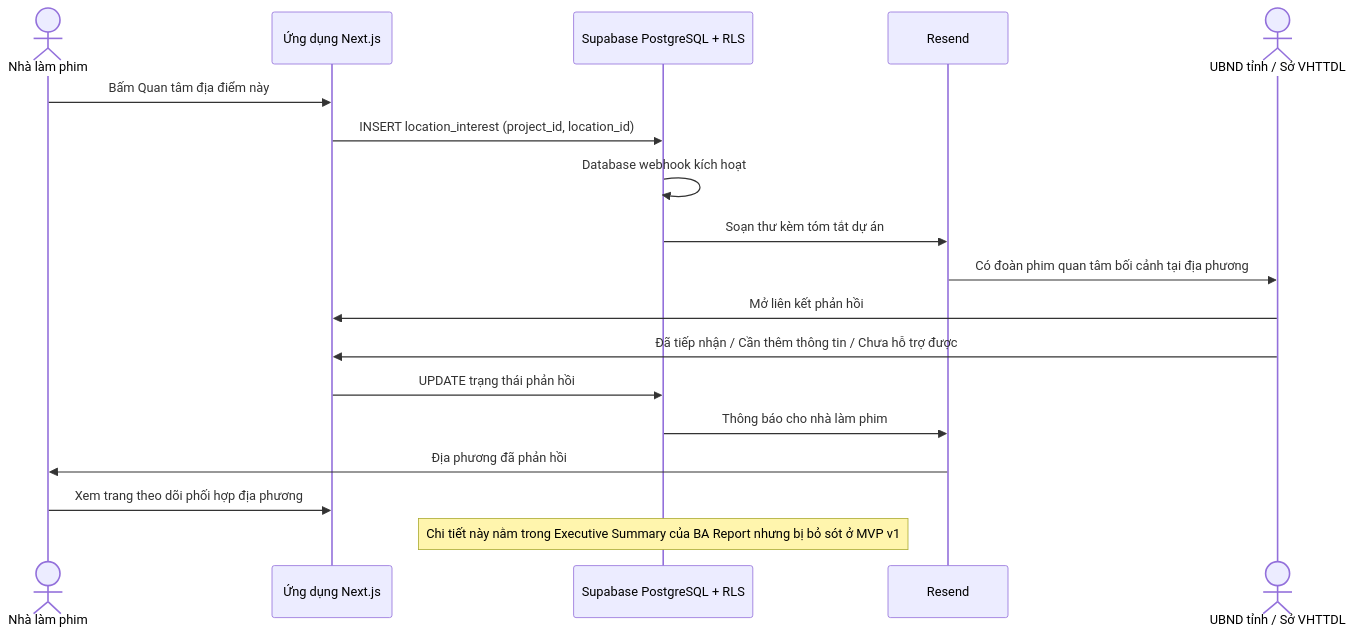
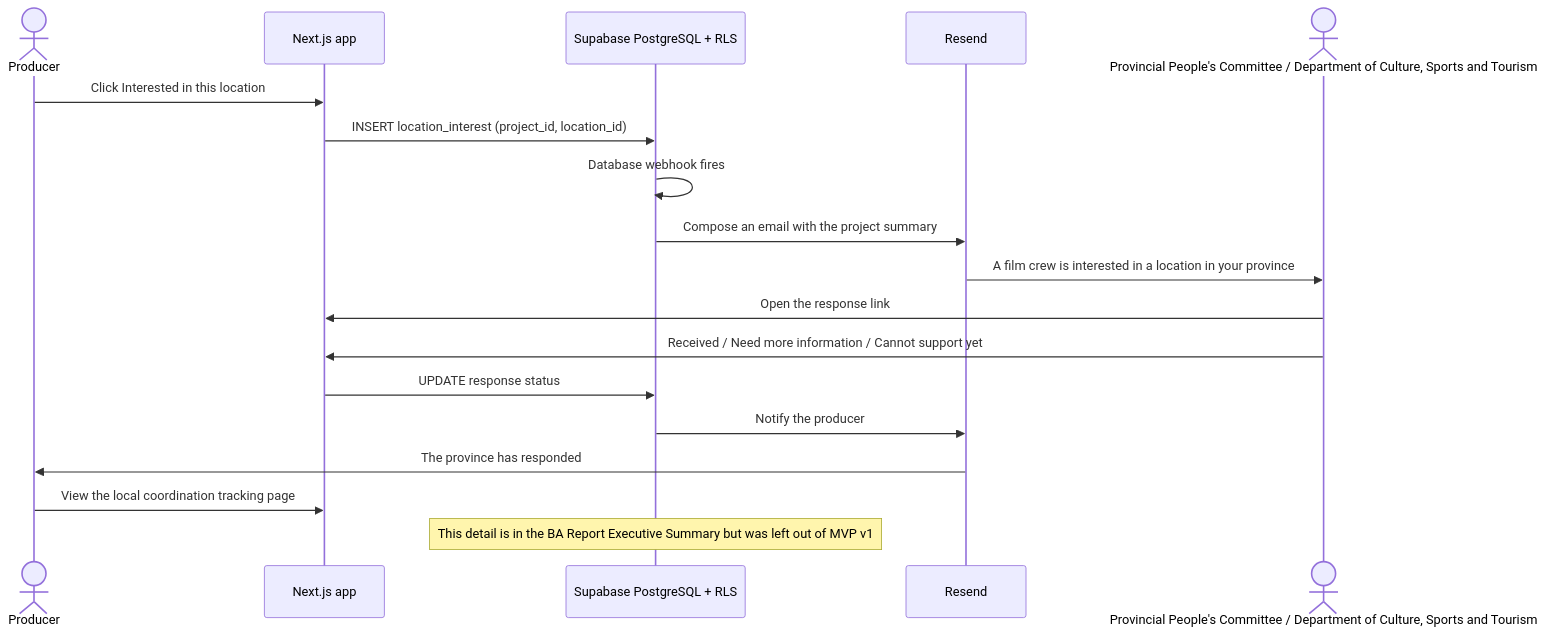
Diagram 11 of 12 in docs/architecture/sequence-diagrams.md (namnt2005/CINEMATCH-DBIZ3.TeamC), drawn with Mermaid before and after one commit. The commit also changed other lines of this file and 92 other files, not shown here.

Commit message:
docs: translate docs to English, move open questions out of the repo, add tools README

````diff
--- a/docs/architecture/sequence-diagrams.md
+++ b/docs/architecture/sequence-diagrams.md
@@ -332,21 +333,21 @@
 ```mermaid
 sequenceDiagram
-    actor U as Nhà làm phim
-    participant FE as Ứng dụng Next.js
+    actor U as Producer
+    participant FE as Next.js app
     participant DB as Supabase PostgreSQL + RLS
     participant MAIL as Resend
-    actor PV as UBND tỉnh / Sở VHTTDL
+    actor PV as Provincial People's Committee / Department of Culture, Sports and Tourism
 
-    U->>FE: Bấm Quan tâm địa điểm này
+    U->>FE: Click Interested in this location
     FE->>DB: INSERT location_interest (project_id, location_id)
-    DB->>DB: Database webhook kích hoạt
-    DB->>MAIL: Soạn thư kèm tóm tắt dự án
-    MAIL->>PV: Có đoàn phim quan tâm bối cảnh tại địa phương
-    PV->>FE: Mở liên kết phản hồi
-    PV->>FE: Đã tiếp nhận / Cần thêm thông tin / Chưa hỗ trợ được
-    FE->>DB: UPDATE trạng thái phản hồi
-    DB->>MAIL: Thông báo cho nhà làm phim
-    MAIL->>U: Địa phương đã phản hồi
-    U->>FE: Xem trang theo dõi phối hợp địa phương
-    Note over DB: Chi tiết này nằm trong Executive Summary của BA Report nhưng bị bỏ sót ở MVP v1
+    DB->>DB: Database webhook fires
+    DB->>MAIL: Compose an email with the project summary
+    MAIL->>PV: A film crew is interested in a location in your province
+    PV->>FE: Open the response link
+    PV->>FE: Received / Need more information / Cannot support yet
+    FE->>DB: UPDATE response status
+    DB->>MAIL: Notify the producer
+    MAIL->>U: The province has responded
+    U->>FE: View the local coordination tracking page
+    Note over DB: This detail is in the BA Report Executive Summary but was left out of MVP v1
 ```
````
